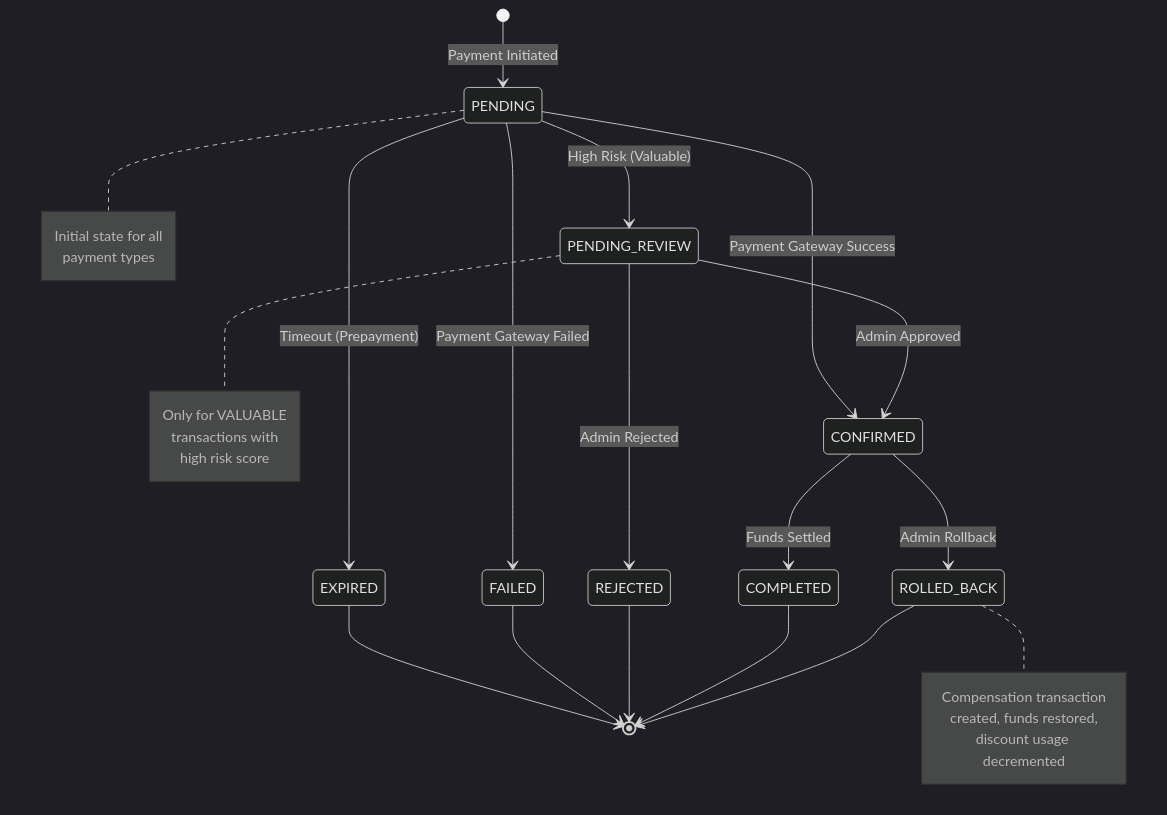
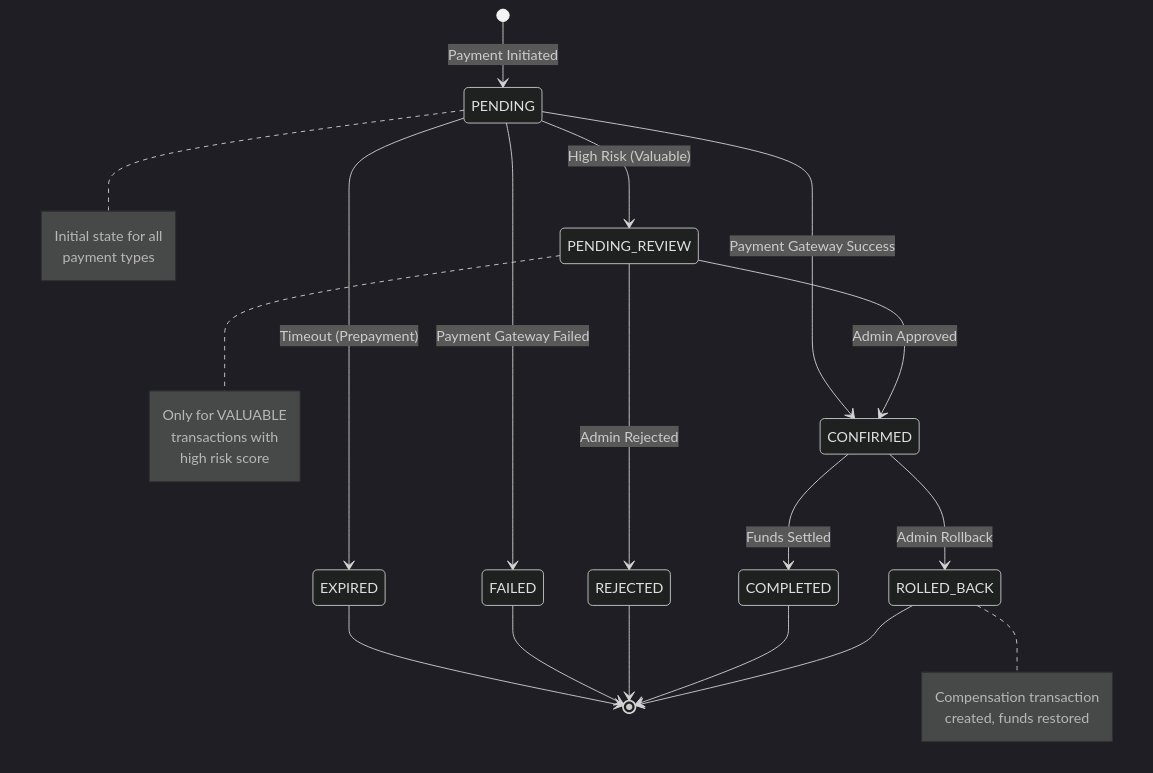
Before and after one commit to mdastpak/Wallet-Service: the seventh of 10 diagrams in MERMAID_DIAGRAMS.md, drawn with Mermaid (dark theme). The commit also changed other lines of this file, not shown here.

First line of the commit message:
Remove discount code references from MERMAID_DIAGRAMS.md (partial)

````diff
--- a/MERMAID_DIAGRAMS.md
+++ b/MERMAID_DIAGRAMS.md
@@ -616,38 +480,37 @@
 ```mermaid
 stateDiagram-v2
     [*] --> PENDING: Payment Initiated
 
     PENDING --> CONFIRMED: Payment Gateway Success
     PENDING --> FAILED: Payment Gateway Failed
     PENDING --> EXPIRED: Timeout (Prepayment)
     PENDING --> PENDING_REVIEW: High Risk (Valuable)
 
     PENDING_REVIEW --> CONFIRMED: Admin Approved
     PENDING_REVIEW --> REJECTED: Admin Rejected
 
     CONFIRMED --> COMPLETED: Funds Settled
     CONFIRMED --> ROLLED_BACK: Admin Rollback
 
     EXPIRED --> [*]
     FAILED --> [*]
     REJECTED --> [*]
     COMPLETED --> [*]
     ROLLED_BACK --> [*]
 
     note right of PENDING
         Initial state for all
         payment types
     end note
 
     note right of PENDING_REVIEW
         Only for VALUABLE
         transactions with
         high risk score
     end note
 
     note right of ROLLED_BACK
         Compensation transaction
-        created, funds restored,
-        discount usage decremented
+        created, funds restored
     end note
 ```
````
